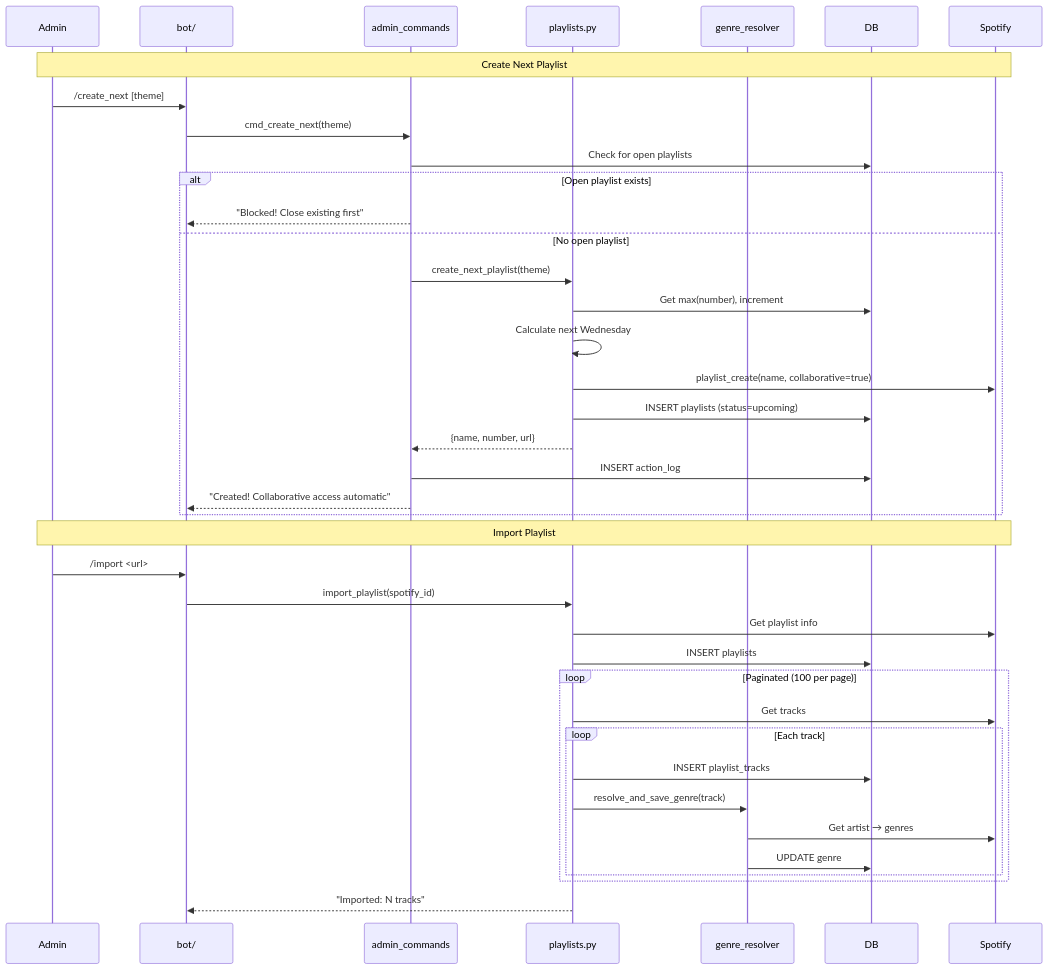
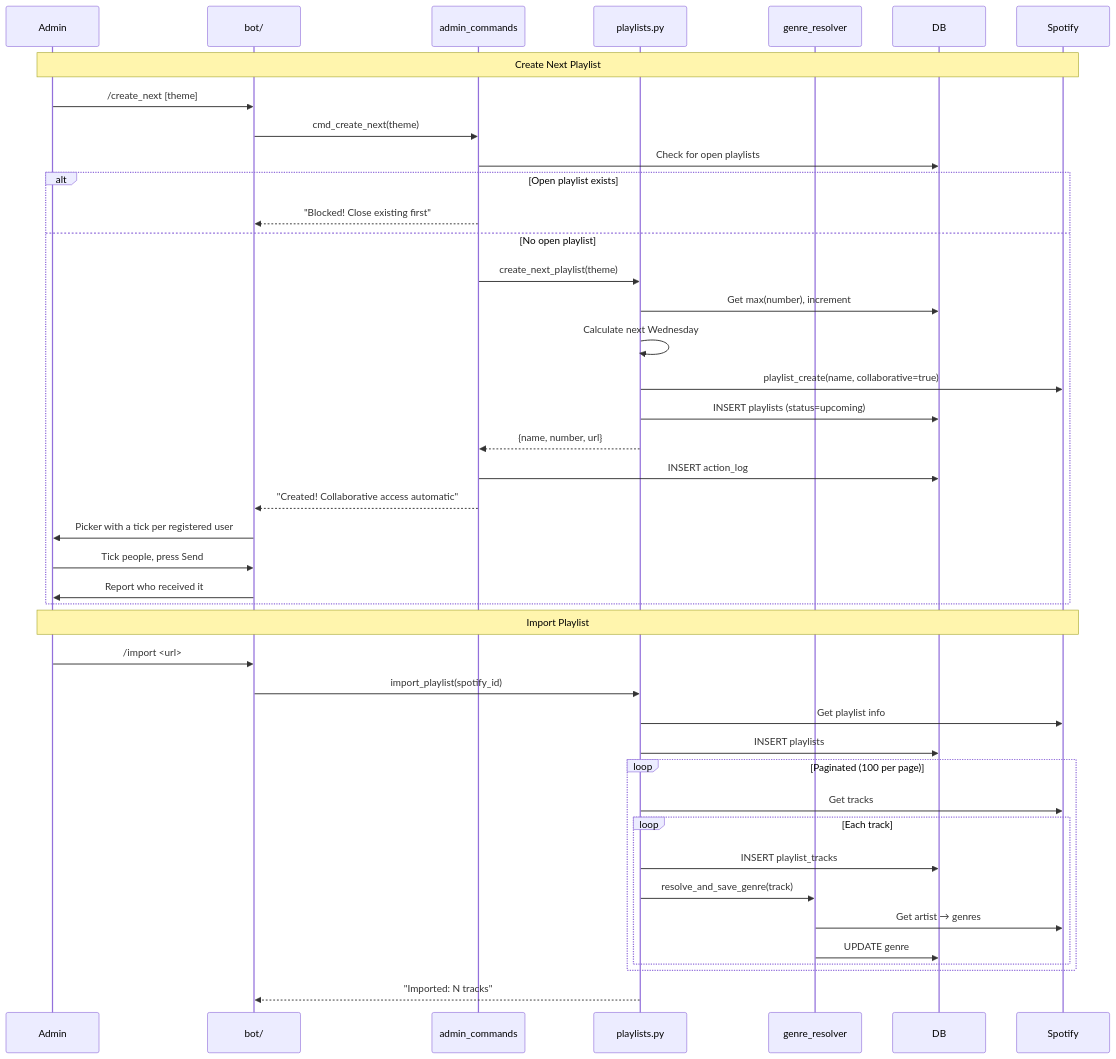
One commit to ndomanovskiy/maspotifybot changed the fifth of 8 diagrams in docs/architecture/03-flows.md. Above: the diagram before and after it, drawn with Mermaid. The commit also changed 14 other files, not shown here.

First line of the commit message:
fix: read ISRC correctly and let admin pick who hears about a new playlist

````diff
--- a/docs/architecture/03-flows.md
+++ b/docs/architecture/03-flows.md
@@ -218,44 +218,47 @@
 ```mermaid
 sequenceDiagram
     participant Admin
     participant Bot as bot/
     participant AC as admin_commands
     participant PL as playlists.py
     participant GR as genre_resolver
     participant DB
     participant Spotify
 
     Note over Admin,Spotify: Create Next Playlist
     Admin->>Bot: /create_next [theme]
     Bot->>AC: cmd_create_next(theme)
     AC->>DB: Check for open playlists
     alt Open playlist exists
         AC-->>Bot: "Blocked! Close existing first"
     else No open playlist
         AC->>PL: create_next_playlist(theme)
         PL->>DB: Get max(number), increment
         PL->>PL: Calculate next Wednesday
         PL->>Spotify: playlist_create(name, collaborative=true)
         PL->>DB: INSERT playlists (status=upcoming)
         PL-->>AC: {name, number, url}
         AC->>DB: INSERT action_log
         AC-->>Bot: "Created! Collaborative access automatic"
+        Bot->>Admin: Picker with a tick per registered user
+        Admin->>Bot: Tick people, press Send
+        Bot->>Admin: Report who received it
     end
 
     Note over Admin,Spotify: Import Playlist
     Admin->>Bot: /import <url>
     Bot->>PL: import_playlist(spotify_id)
     PL->>Spotify: Get playlist info
     PL->>DB: INSERT playlists
 
     loop Paginated (100 per page)
         PL->>Spotify: Get tracks
         loop Each track
             PL->>DB: INSERT playlist_tracks
             PL->>GR: resolve_and_save_genre(track)
             GR->>Spotify: Get artist → genres
             GR->>DB: UPDATE genre
         end
     end
     PL-->>Bot: "Imported: N tracks"
 ```
````
